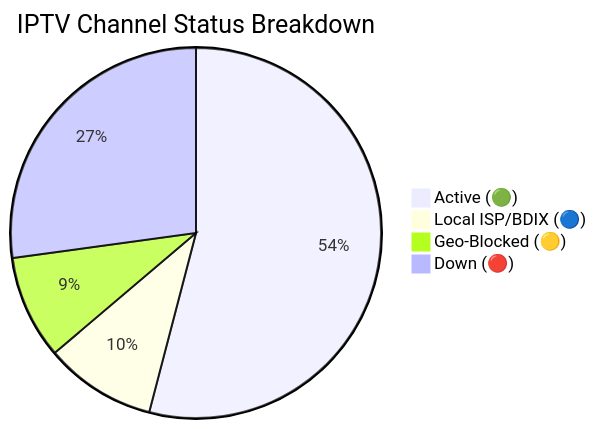
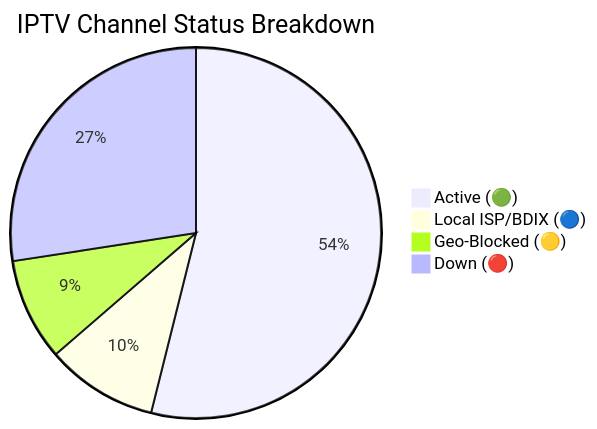
Before and after one commit to f6388600-ai/Web: the diagram in README.md, drawn with Mermaid. The commit also changed other lines of this file and 6 other files, not shown here.

````diff
--- a/README.md
+++ b/README.md
@@ -149,7 +149,7 @@
 ```mermaid
 pie title IPTV Channel Status Breakdown
-    "Active (🟢)" : 9654
-    "Local ISP/BDIX (🔵)" : 1738
-    "Geo-Blocked (🟡)" : 1613
-    "Down (🔴)" : 4851
+    "Active (🟢)" : 9599
+    "Local ISP/BDIX (🔵)" : 1737
+    "Geo-Blocked (🟡)" : 1589
+    "Down (🔴)" : 4885
 ```
````
